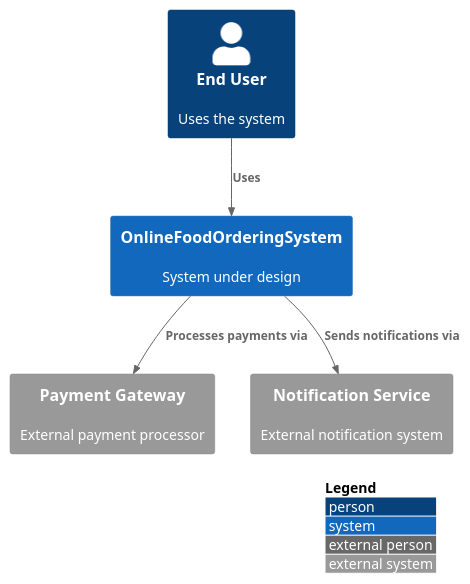
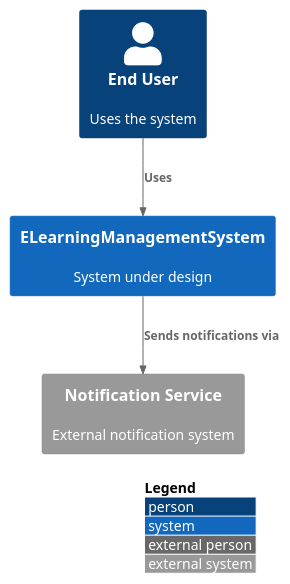
Before and after one commit to YoumnaHanyy/GPARCHIMIND: the diagram in output/context_view.puml, drawn with PlantUML. The commit also changed 22 other files, not shown here.

Commit message:
Added deployment diagram

```diff
--- a/output/context_view.puml
+++ b/output/context_view.puml
@@ -1,11 +1,9 @@
 @startuml
 !include https://raw.githubusercontent.com/plantuml-stdlib/C4-PlantUML/master/C4_Context.puml
 LAYOUT_WITH_LEGEND()
 Person(User, "End User", "Uses the system")
-System(SystemA, "OnlineFoodOrderingSystem", "System under design")
-System_Ext(PaymentGateway, "Payment Gateway", "External payment processor")
-Rel(SystemA, PaymentGateway, "Processes payments via")
+System(SystemA, "ELearningManagementSystem", "System under design")
 System_Ext(NotificationService, "Notification Service", "External notification system")
 Rel(SystemA, NotificationService, "Sends notifications via")
 Rel(User, SystemA, "Uses")
 @enduml
```
